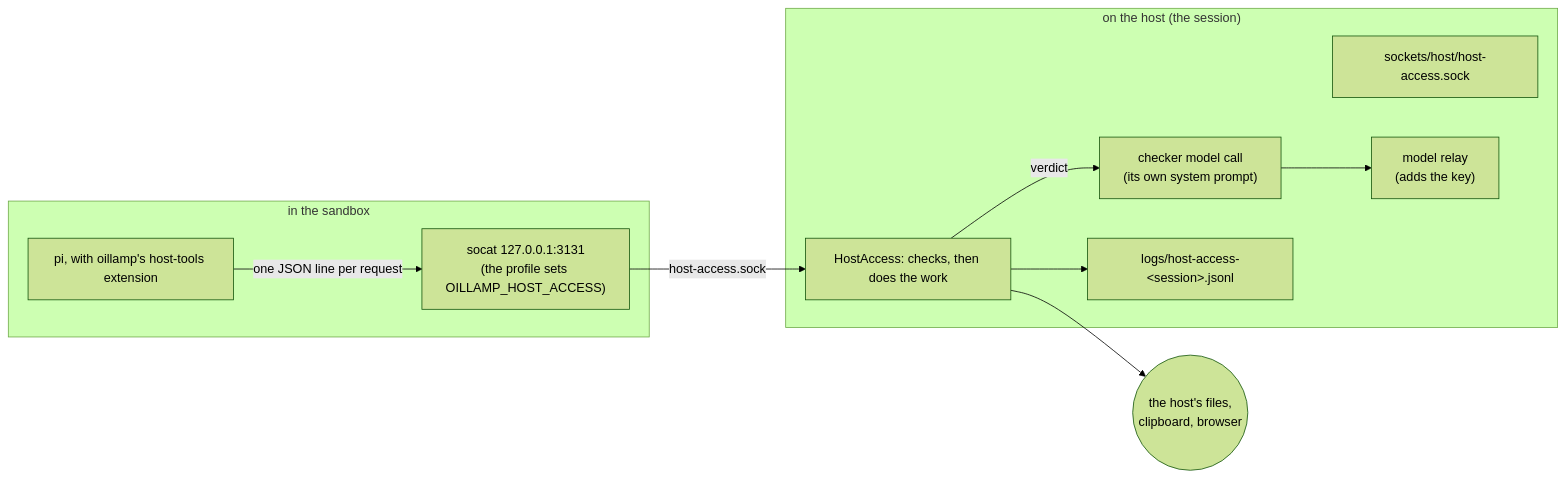
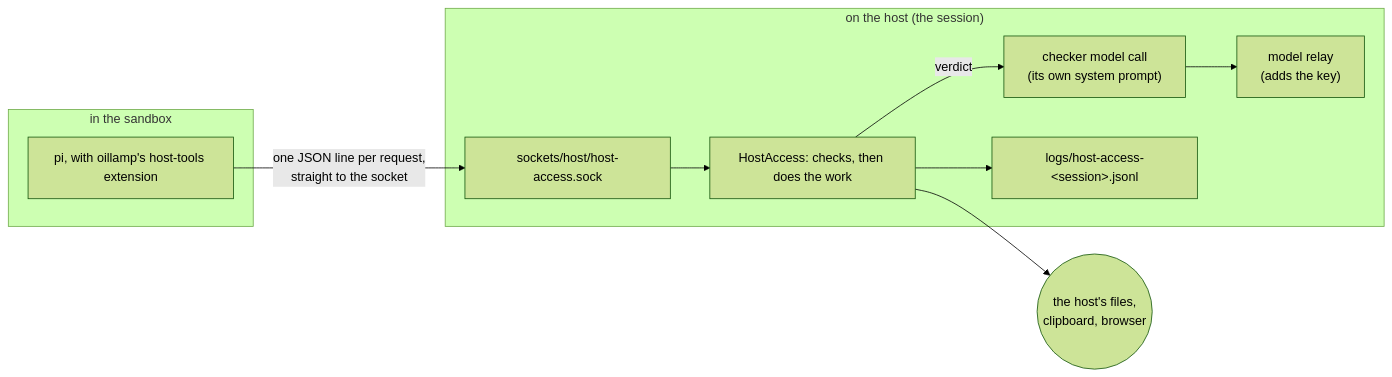
Before and after one commit to globaltcad/oillamp: the diagram in docs/HOST-ACCESS.md, drawn with Mermaid (forest theme). The commit also changed other lines of this file and 8 other files, not shown here.

Commit message:
Oillamp: The host tools reach their socket directly, and the agent guide tells the agent about them...

````diff
--- a/docs/HOST-ACCESS.md
+++ b/docs/HOST-ACCESS.md
@@ -52,18 +52,17 @@
 ```mermaid
 flowchart LR
     subgraph C["in the sandbox"]
         pi["pi, with oillamp's host-tools extension"]
-        socat["socat 127.0.0.1:3131<br/>(the profile sets OILLAMP_HOST_ACCESS)"]
     end
     subgraph H["on the host (the session)"]
         sock["sockets/host/host-access.sock"]
         gate["HostAccess: checks, then does the work"]
         checker["checker model call<br/>(its own system prompt)"]
         relay["model relay<br/>(adds the key)"]
         log["logs/host-access-&lt;session&gt;.jsonl"]
     end
-    pi -->|"one JSON line per request"| socat -->|"host-access.sock"| gate
+    pi -->|"one JSON line per request,<br/>straight to the socket"| sock --> gate
     gate -->|verdict| checker --> relay
     gate --> log
     gate --> host(("the host's files,<br/>clipboard, browser"))
 ```
````
